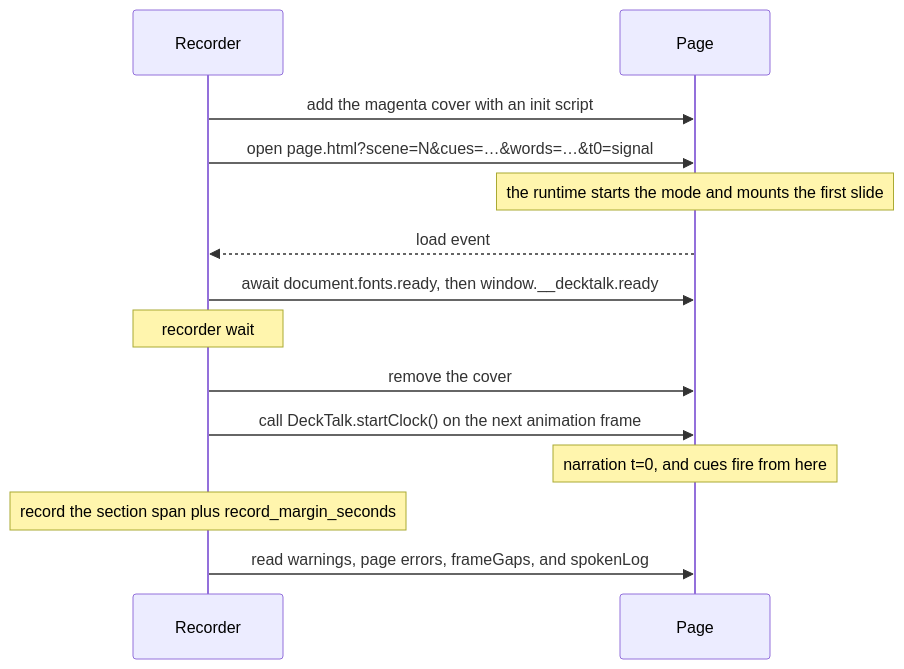
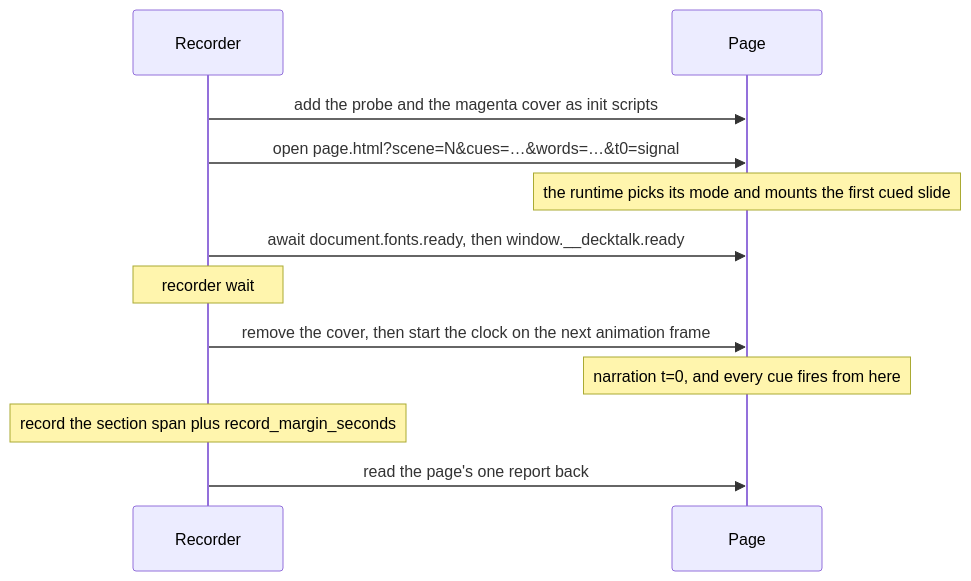
The diagram in docs/concepts/page-contract.mdx (jacobcbeaudin/decktalk), drawn with Mermaid before and after one commit. The commit also changed other lines of this file and 3 other files, not shown here.

````diff
--- a/docs/concepts/page-contract.mdx
+++ b/docs/concepts/page-contract.mdx
@@ -59,16 +275,14 @@
 ```mermaid
 sequenceDiagram
     participant R as Recorder
     participant P as Page
-    R->>P: add the magenta cover with an init script
+    R->>P: add the probe and the magenta cover as init scripts
     R->>P: open page.html?scene=N&cues=…&words=…&t0=signal
-    Note over P: the runtime starts the mode and mounts the first slide
-    P-->>R: load event
+    Note over P: the runtime picks its mode and mounts the first cued slide
     R->>P: await document.fonts.ready, then window.__decktalk.ready
     Note over R: recorder wait
-    R->>P: remove the cover
-    R->>P: call DeckTalk.startClock() on the next animation frame
-    Note over P: narration t=0, and cues fire from here
+    R->>P: remove the cover, then start the clock on the next animation frame
+    Note over P: narration t=0, and every cue fires from here
     Note over R: record the section span plus record_margin_seconds
-    R->>P: read warnings, page errors, frameGaps, and spokenLog
+    R->>P: read the page's one report back
 ```
````
